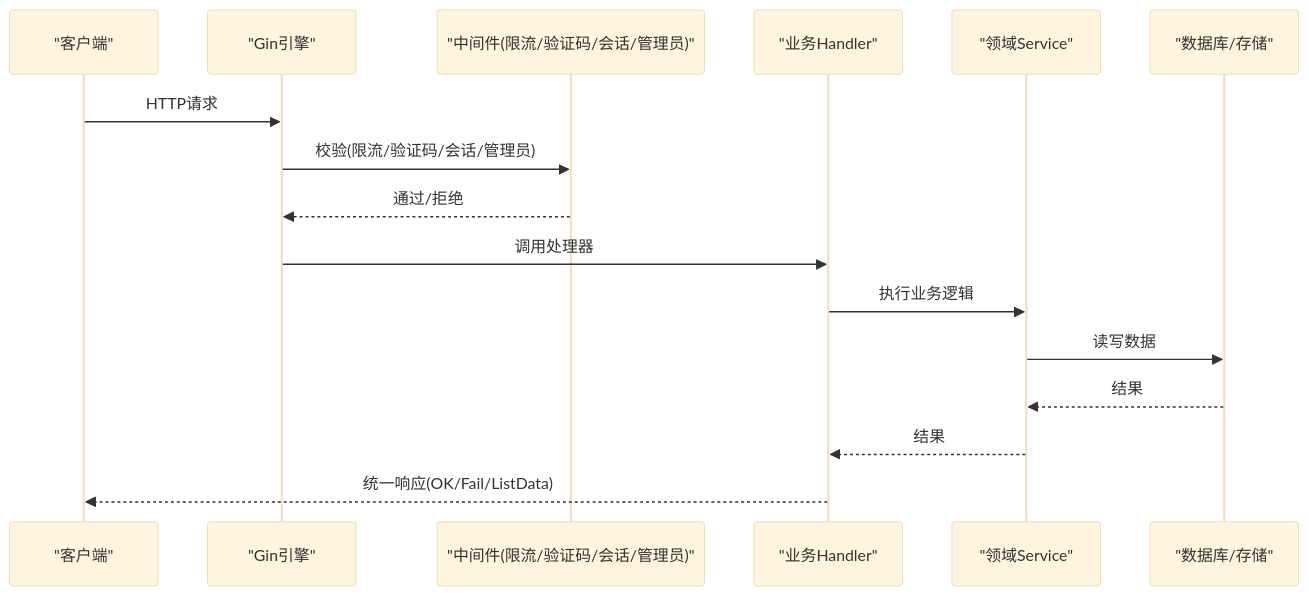
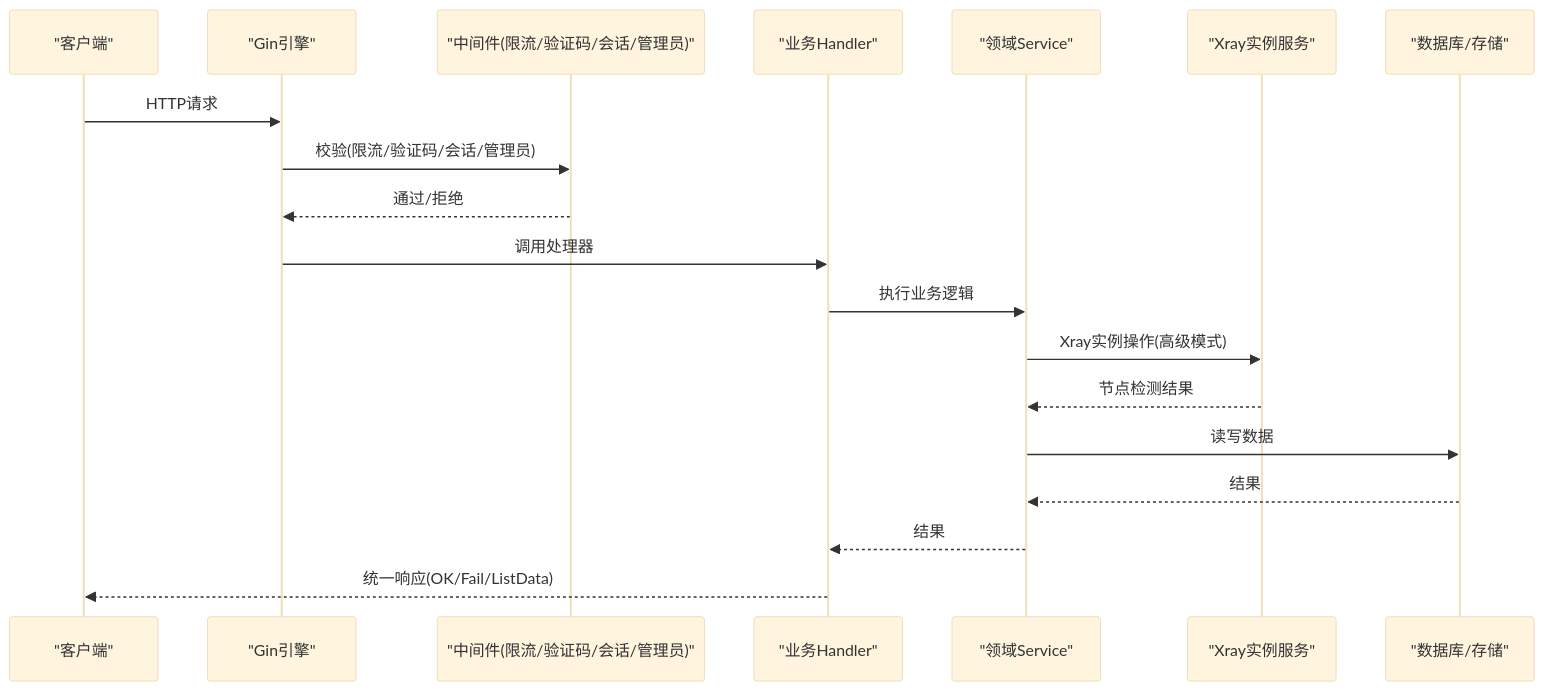
One commit to AlcaProphet/VPN-Subscription-Management changed the second of 6 diagrams in .qoder/repowiki/zh/content/API接口文档/API接口文档.md. Above: the diagram before and after it, drawn with Mermaid (base theme). The commit also changed other lines of this file and 6 other files, not shown here.

````diff
--- a/.qoder/repowiki/zh/content/API接口文档/API接口文档.md
+++ b/.qoder/repowiki/zh/content/API接口文档/API接口文档.md
@@ -79,18 +91,21 @@
 ```mermaid
 sequenceDiagram
 participant Client as "客户端"
 participant Gin as "Gin引擎"
 participant MW as "中间件(限流/验证码/会话/管理员)"
 participant Handler as "业务Handler"
 participant Svc as "领域Service"
+participant Xray as "Xray实例服务"
 participant DB as "数据库/存储"
 Client->>Gin : HTTP请求
 Gin->>MW : 校验(限流/验证码/会话/管理员)
 MW-->>Gin : 通过/拒绝
 Gin->>Handler : 调用处理器
 Handler->>Svc : 执行业务逻辑
+Svc->>Xray : Xray实例操作(高级模式)
+Xray-->>Svc : 节点检测结果
 Svc->>DB : 读写数据
 DB-->>Svc : 结果
 Svc-->>Handler : 结果
 Handler-->>Client : 统一响应(OK/Fail/ListData)
 ```
````
